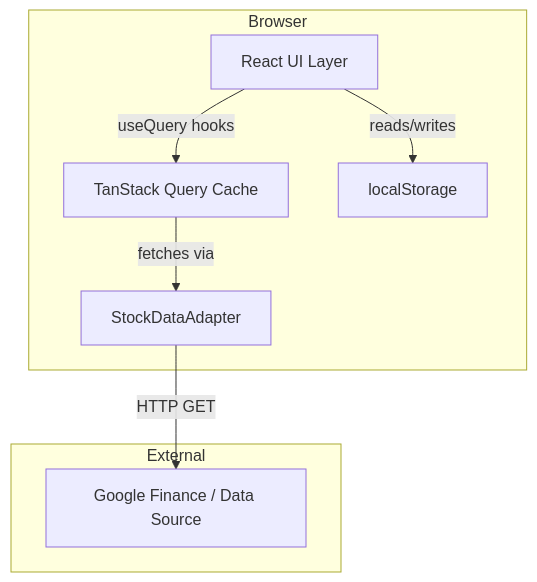
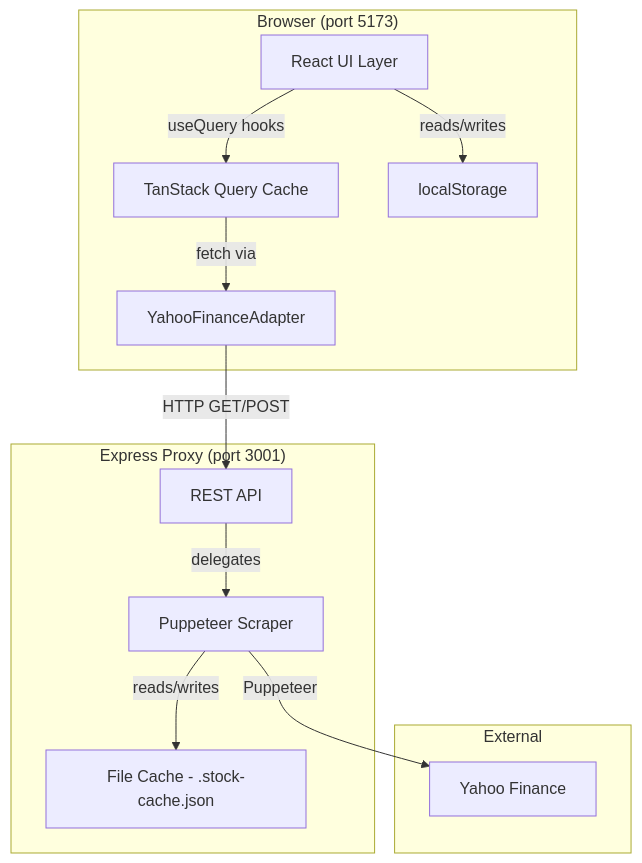
The diagram in .kiro/specs/stox-stock-ticker-app/design.md (abeatte/stox), drawn with Mermaid before and after one commit. The commit also changed other lines of this file and 1 other file, not shown here.

````diff
--- a/.kiro/specs/stox-stock-ticker-app/design.md
+++ b/.kiro/specs/stox-stock-ticker-app/design.md
@@ -20,15 +23,23 @@
 ```mermaid
 graph TD
-    subgraph Browser
+    subgraph Browser ["Browser (port 5173)"]
         UI[React UI Layer]
         TQ[TanStack Query Cache]
         LS[localStorage]
         UI -->|reads/writes| LS
         UI -->|useQuery hooks| TQ
-        TQ -->|fetches via| Adapter
+        TQ -->|fetch via| Adapter[YahooFinanceAdapter]
+    end
+    subgraph Server ["Express Proxy (port 3001)"]
+        API[REST API]
+        Scraper[Puppeteer Scraper]
+        Cache[File Cache - .stock-cache.json]
+        API -->|delegates| Scraper
+        Scraper -->|reads/writes| Cache
     end
     subgraph External
-        GF[Google Finance / Data Source]
+        YF[Yahoo Finance]
     end
-    Adapter[StockDataAdapter] -->|HTTP GET| GF
+    Adapter -->|HTTP GET/POST| API
+    Scraper -->|Puppeteer| YF
 ```
````
